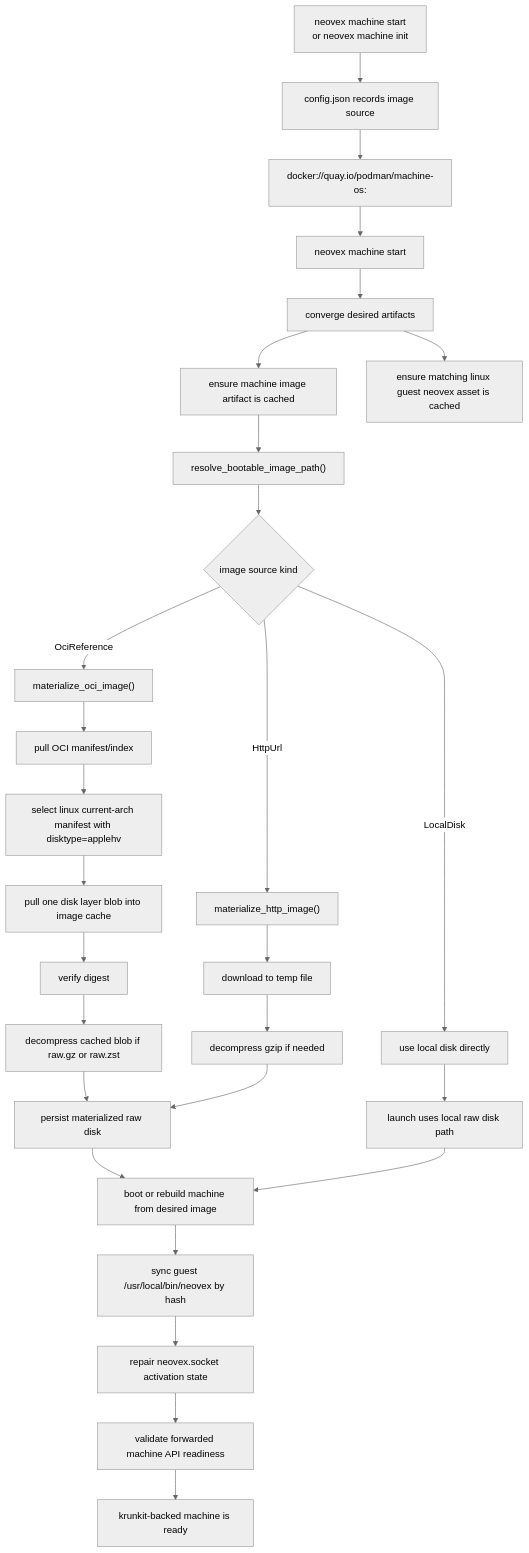
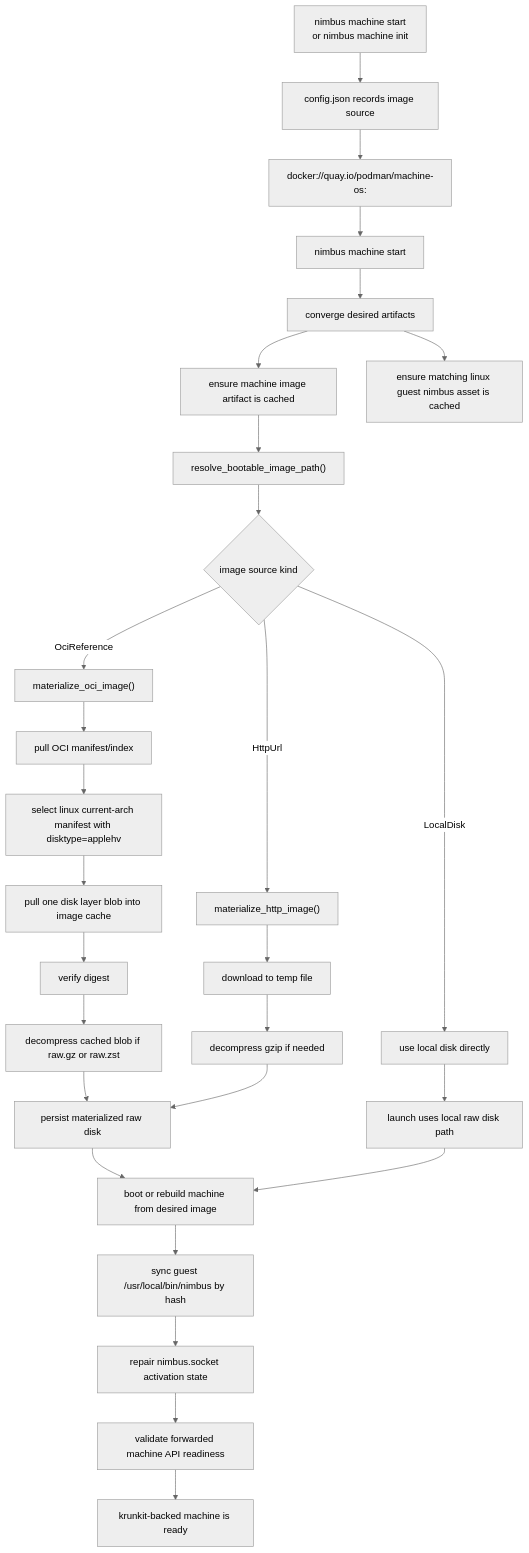
One commit to nimbus/nimbus changed the third of 6 diagrams in docs/architecture/sandbox/macos-machine-flow.md. Above: the diagram before and after it, drawn with Mermaid (neutral theme). The commit also changed other lines of this file and 6725 other files, not shown here.

First line of the commit message:
rename: complete neovex→nimbus rebrand across entire codebase

````diff
--- a/docs/architecture/sandbox/macos-machine-flow.md
+++ b/docs/architecture/sandbox/macos-machine-flow.md
@@ -166,33 +166,33 @@
 ```mermaid
 flowchart TD
-    A["neovex machine start<br/>or neovex machine init"] --> B["config.json records image source"]
+    A["nimbus machine start<br/>or nimbus machine init"] --> B["config.json records image source"]
     B --> C["docker://quay.io/podman/machine-os:<pinned-ref-or-digest>"]
-    C --> D["neovex machine start"]
+    C --> D["nimbus machine start"]
     D --> E["converge desired artifacts"]
     E --> F["ensure machine image artifact is cached"]
-    E --> G["ensure matching linux guest neovex asset is cached"]
+    E --> G["ensure matching linux guest nimbus asset is cached"]
     F --> H["resolve_bootable_image_path()"]
     H --> I{"image source kind"}
     I -->|OciReference| J["materialize_oci_image()"]
     I -->|HttpUrl| K["materialize_http_image()"]
     I -->|LocalDisk| L["use local disk directly"]
 
     J --> M["pull OCI manifest/index"]
     M --> N["select linux current-arch manifest with disktype=applehv"]
     N --> O["pull one disk layer blob into image cache"]
     O --> P["verify digest"]
     P --> Q["decompress cached blob if raw.gz or raw.zst"]
     Q --> R["persist materialized raw disk"]
 
     K --> S["download to temp file"]
     S --> T["decompress gzip if needed"]
     T --> R
 
     L --> U["launch uses local raw disk path"]
     R --> V["boot or rebuild machine from desired image"]
     U --> V
-    V --> W["sync guest /usr/local/bin/neovex by hash"]
-    W --> X["repair neovex.socket activation state"]
+    V --> W["sync guest /usr/local/bin/nimbus by hash"]
+    W --> X["repair nimbus.socket activation state"]
     X --> Y["validate forwarded machine API readiness"]
     Y --> Z["krunkit-backed machine is ready"]
 ```
````
